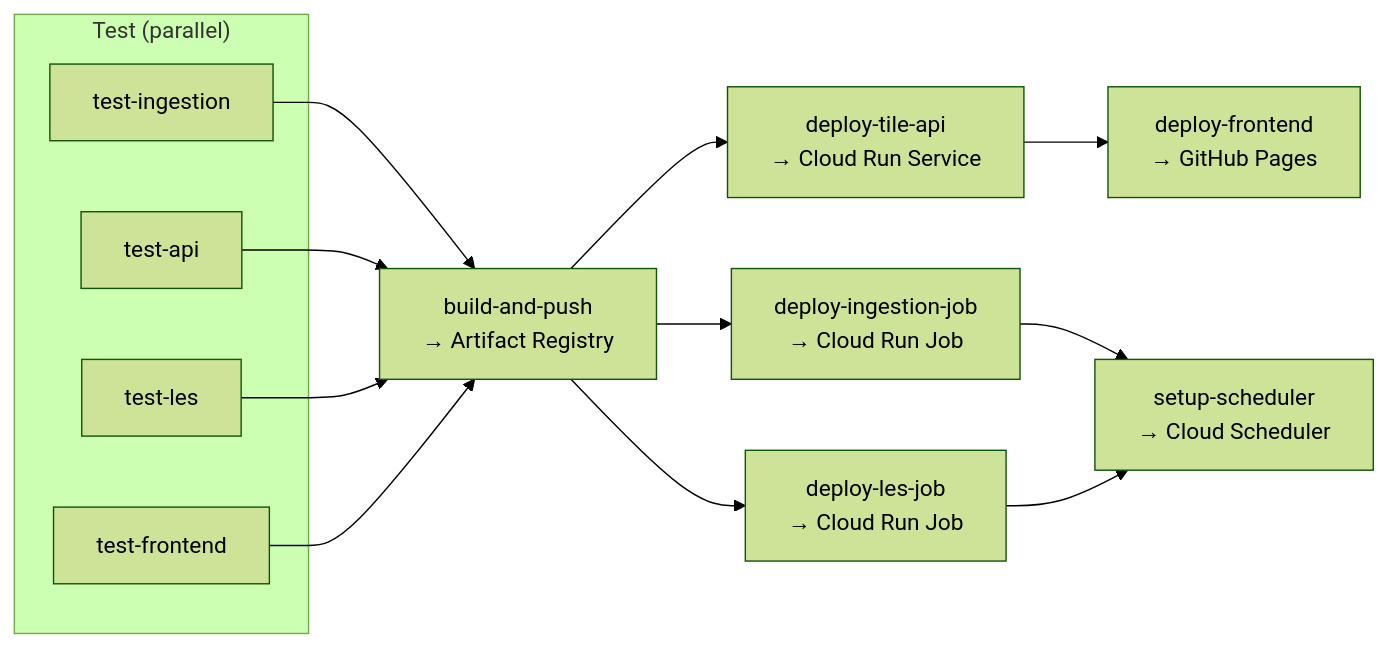
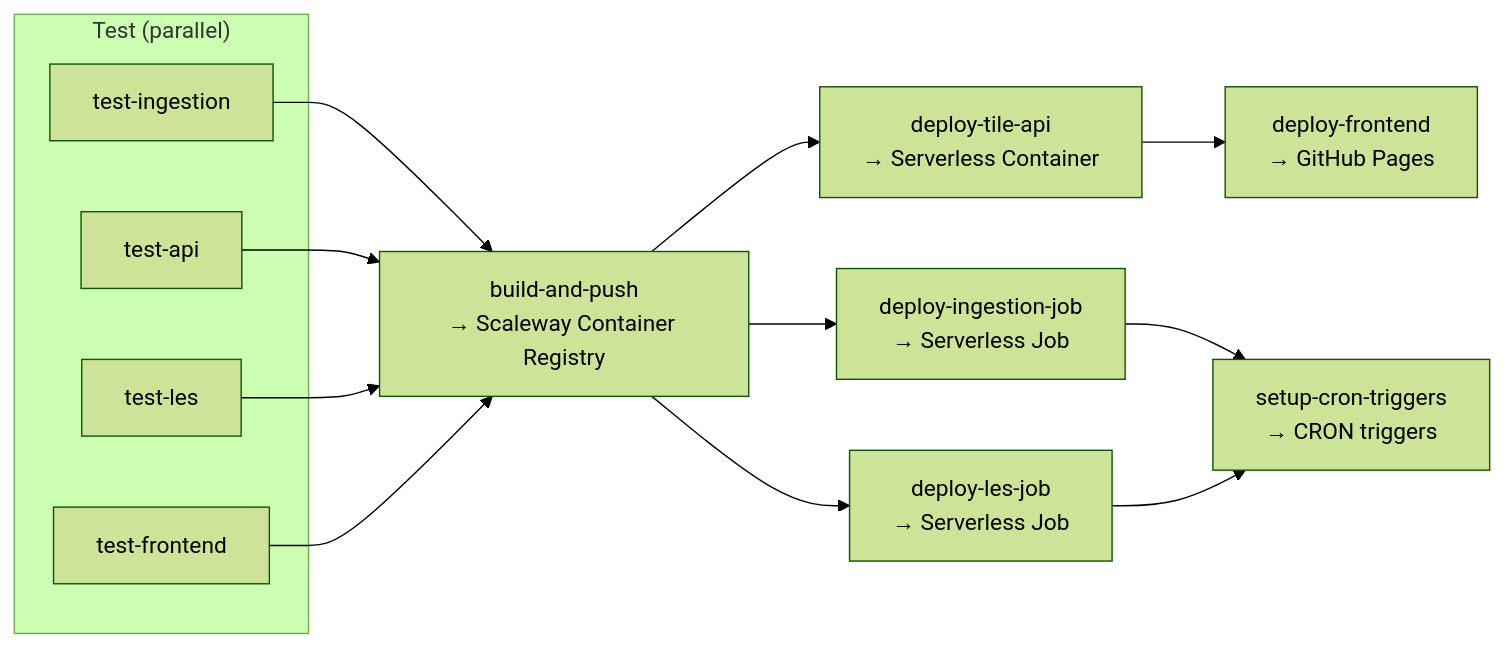
The second of 2 diagrams in docs/architecture/deployment.md (ConnectedWanderer/living-map), drawn with Mermaid (forest theme) before and after one commit. The commit also changed other lines of this file and 2 other files, not shown here.

Commit message:
docs: Scaleway deployment docs (ADR-022) + updated architecture docs

````diff
--- a/docs/architecture/deployment.md
+++ b/docs/architecture/deployment.md
@@ -209,23 +213,23 @@
 ```mermaid
 flowchart LR
     subgraph Test["Test (parallel)"]
         TI[test-ingestion]
         TA[test-api]
         TL[test-les]
         TF[test-frontend]
     end
 
-    BP[build-and-push<br/>→ Artifact Registry]
-    DT[deploy-tile-api<br/>→ Cloud Run Service]
-    DI[deploy-ingestion-job<br/>→ Cloud Run Job]
-    DL[deploy-les-job<br/>→ Cloud Run Job]
+    BP[build-and-push<br/>→ Scaleway Container Registry]
+    DT[deploy-tile-api<br/>→ Serverless Container]
+    DI[deploy-ingestion-job<br/>→ Serverless Job]
+    DL[deploy-les-job<br/>→ Serverless Job]
     DF[deploy-frontend<br/>→ GitHub Pages]
-    SS[setup-scheduler<br/>→ Cloud Scheduler]
+    SS[setup-cron-triggers<br/>→ CRON triggers]
 
     TI & TA & TL & TF --> BP
     BP --> DT
     BP --> DI
     BP --> DL
     DT --> DF
     DI & DL --> SS
 ```
````
